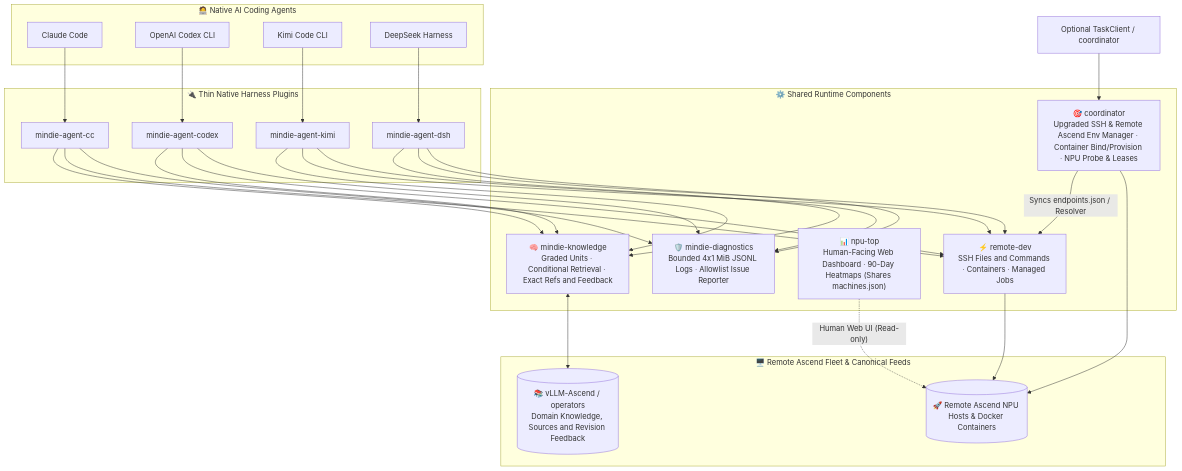
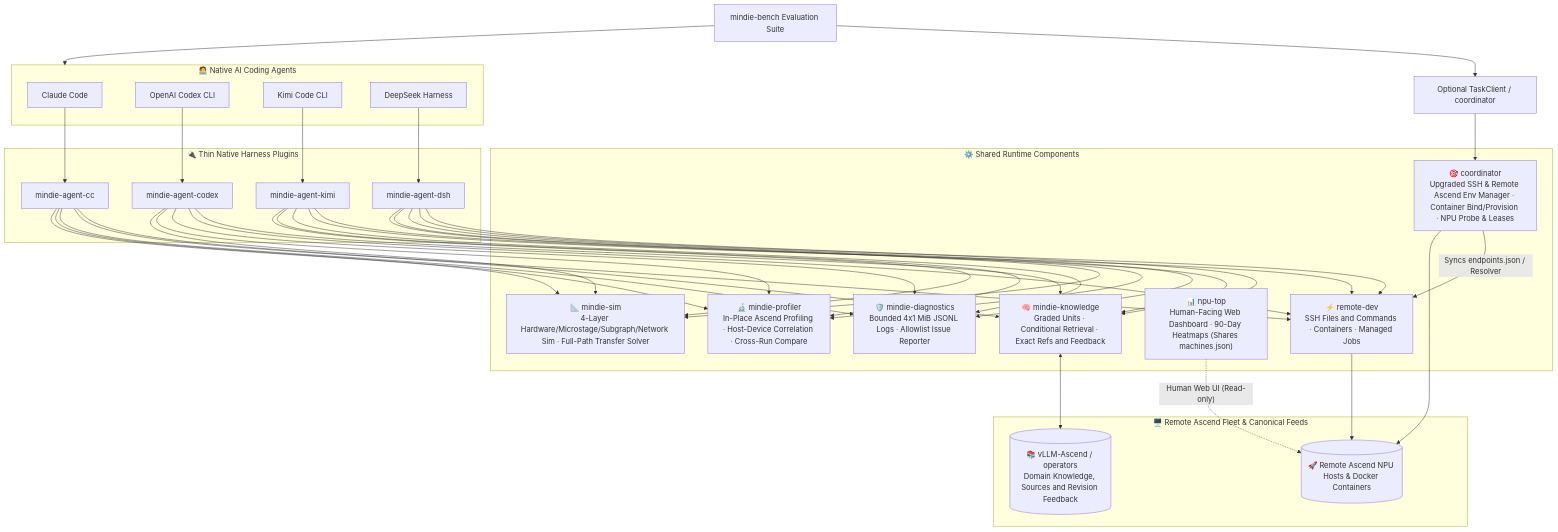
One commit to grandolantow/mindie-agent changed the first of 2 diagrams in README.en.md. Above: the diagram before and after it, drawn with Mermaid. The commit also changed other lines of this file and 17 other files, not shown here.

First line of the commit message:
docs: sync repository ecosystem list, architecture diagrams, and docs index (#251)

````diff
--- a/README.en.md
+++ b/README.en.md
@@ -174,41 +175,44 @@
 ```mermaid
 flowchart TB
   subgraph Clients["🧑‍💻 Native AI Coding Agents"]
     CC["Claude Code"]
     Codex["OpenAI Codex CLI"]
     Kimi["Kimi Code CLI"]
     DSH["DeepSeek Harness"]
   end
 
   subgraph Adapters["🔌 Thin Native Harness Plugins"]
     P_CC["mindie-agent-cc"]
     P_Codex["mindie-agent-codex"]
     P_Kimi["mindie-agent-kimi"]
     P_DSH["mindie-agent-dsh"]
   end
 
   subgraph Core["⚙️ Shared Runtime Components"]
     Knowledge["🧠 mindie-knowledge<br/>Graded Units · Conditional Retrieval · Exact Refs and Feedback"]
     Coord["🎯 coordinator<br/>Upgraded SSH & Remote Ascend Env Manager · Container Bind/Provision · NPU Probe & Leases"]
     RemoteDev["⚡ remote-dev<br/>SSH Files and Commands · Containers · Managed Jobs"]
+    Profiler["🔬 mindie-profiler<br/>In-Place Ascend Profiling · Host-Device Correlation · Cross-Run Compare"]
+    Sim["📐 mindie-sim<br/>4-Layer Hardware/Microstage/Subgraph/Network Sim · Full-Path Transfer Solver"]
     NpuTop["📊 npu-top<br/>Human-Facing Web Dashboard · 90-Day Heatmaps (Shares machines.json)"]
     Diag["🛡️ mindie-diagnostics<br/>Bounded 4x1 MiB JSONL Logs · Allowlist Issue Reporter"]
   end
 
   subgraph Remote["🖥️ Remote Ascend Fleet & Canonical Feeds"]
     Feed[("📚 vLLM-Ascend / operators<br/>Domain Knowledge, Sources and Revision Feedback")]
     Cluster[("🚀 Remote Ascend NPU Hosts & Docker Containers")]
   end
 
   CC --> P_CC
   Codex --> P_Codex
   Kimi --> P_Kimi
   DSH --> P_DSH
 
-  P_CC & P_Codex & P_Kimi & P_DSH --> Knowledge & RemoteDev & Diag
+  P_CC & P_Codex & P_Kimi & P_DSH --> Knowledge & RemoteDev & Diag & Profiler & Sim
   Task["Optional TaskClient / coordinator"] --> Coord
+  Bench["mindie-bench Evaluation Suite"] --> Task & Clients
   Knowledge <--> Feed
   Coord -- "Syncs endpoints.json / Resolver" --> RemoteDev
   Coord & RemoteDev --> Cluster
   NpuTop -. "Human Web UI (Read-only)" .-> Cluster
 ```
````
